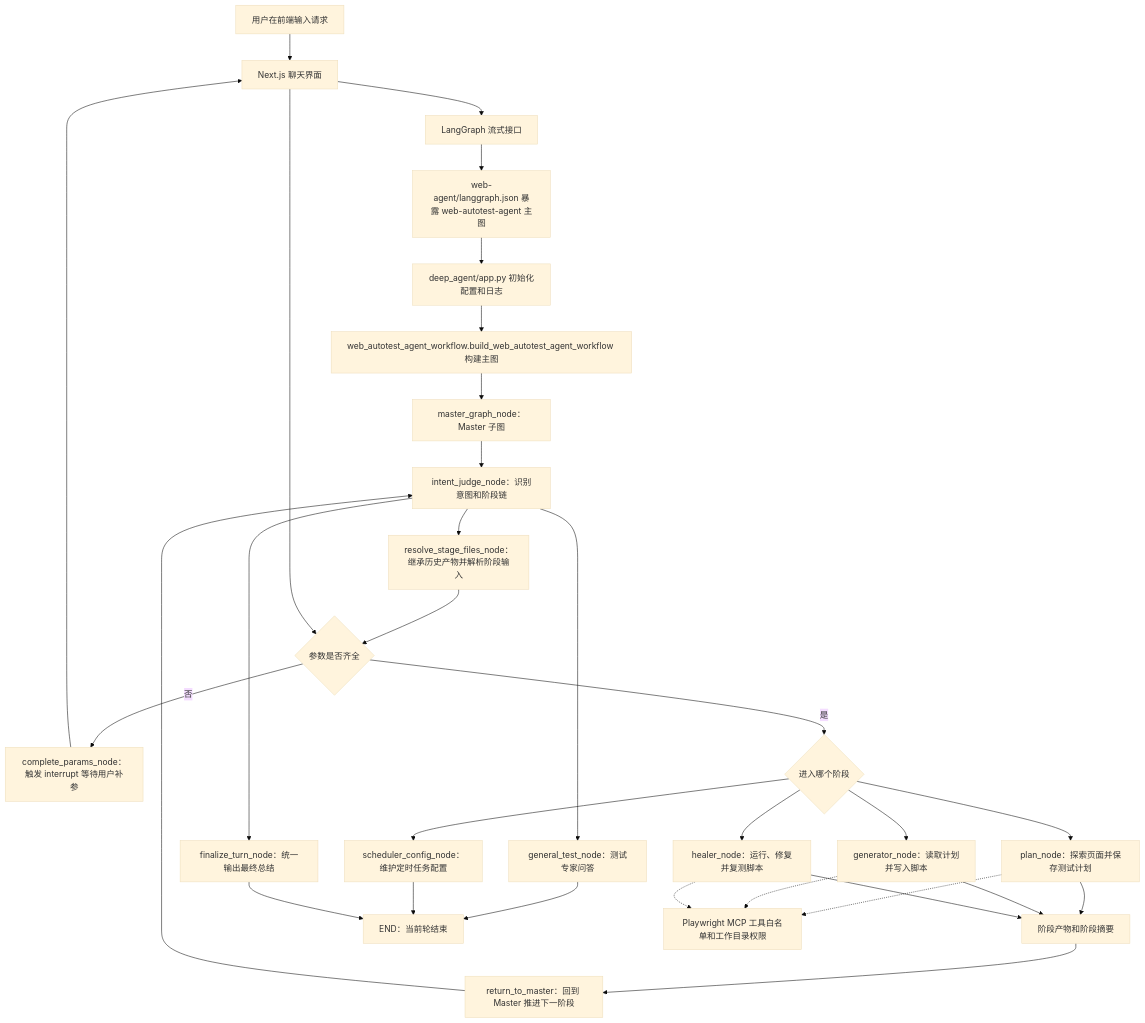
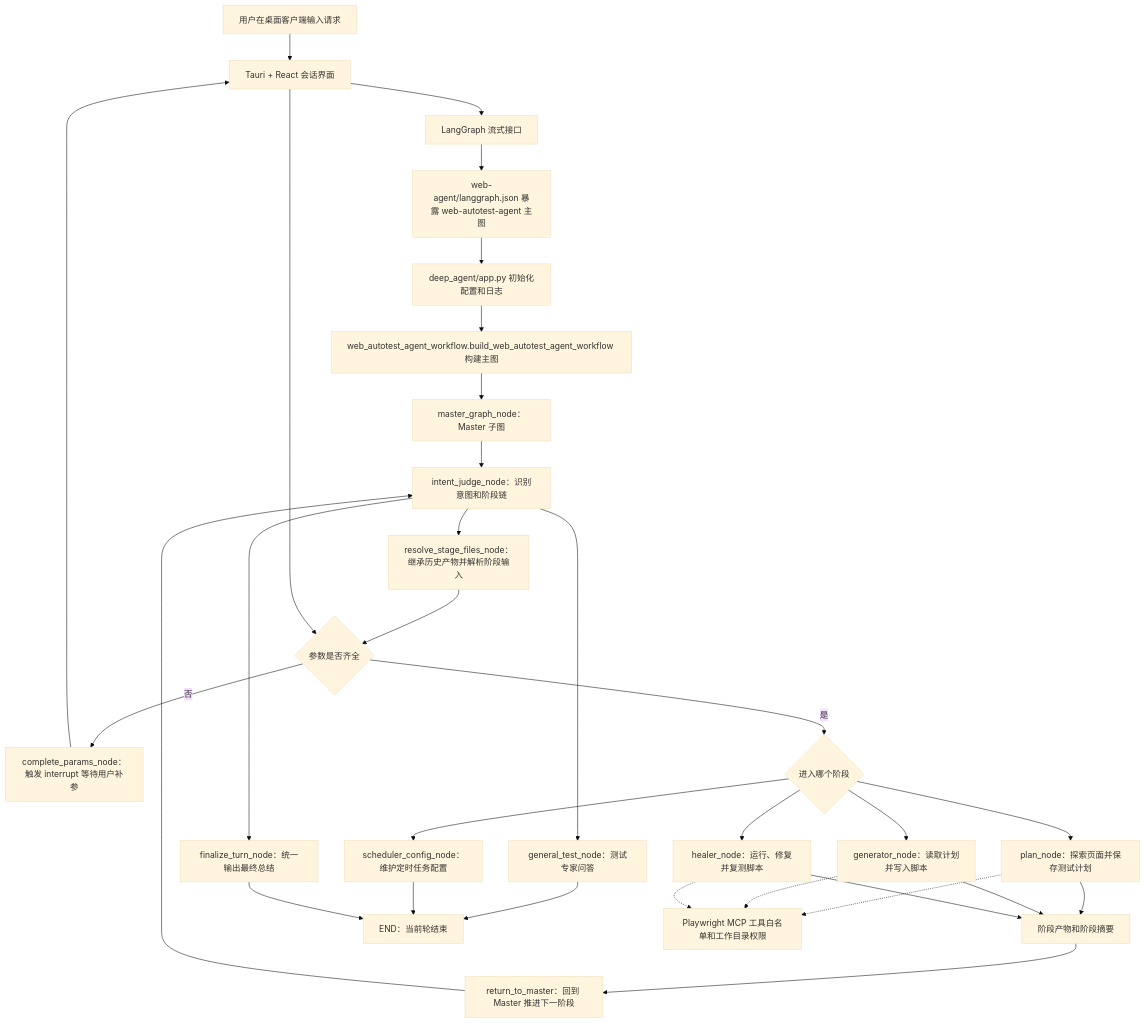
One commit to gene518/web-test-agent changed the diagram in README.md. Above: the diagram before and after it, drawn with Mermaid (base theme). The commit also changed other lines of this file and 151 other files, not shown here.

````diff
--- a/README.md
+++ b/README.md
@@ -190,38 +161,38 @@
 ```mermaid
 flowchart TD
-    用户["用户在前端输入请求"] --> 前端["Next.js 聊天界面"]
-    前端 --> 流式连接["LangGraph 流式接口"]
+    用户["用户在桌面客户端输入请求"] --> 客户端["Tauri + React 会话界面"]
+    客户端 --> 流式连接["LangGraph 流式接口"]
     流式连接 --> 入口["web-agent/langgraph.json 暴露 web-autotest-agent 主图"]
     入口 --> 应用入口["deep_agent/app.py 初始化配置和日志"]
     应用入口 --> 主图["web_autotest_agent_workflow.build_web_autotest_agent_workflow 构建主图"]
 
     主图 --> 主控子图["master_graph_node：Master 子图"]
     主控子图 --> 意图判断["intent_judge_node：识别意图和阶段链"]
     意图判断 --> 文件解析["resolve_stage_files_node：继承历史产物并解析阶段输入"]
     文件解析 --> 参数补全{"参数是否齐全"}
     参数补全 -- 否 --> 中断["complete_params_node：触发 interrupt 等待用户补参"]
-    中断 --> 前端
-    前端 --> 参数补全
+    中断 --> 客户端
+    客户端 --> 参数补全
     参数补全 -- 是 --> 阶段路由{"进入哪个阶段"}
 
     阶段路由 --> 计划["plan_node：探索页面并保存测试计划"]
     阶段路由 --> 生成["generator_node：读取计划并写入脚本"]
     阶段路由 --> 修复["healer_node：运行、修复并复测脚本"]
     阶段路由 --> 定时["scheduler_config_node：维护定时任务配置"]
     意图判断 --> 普通问答["general_test_node：测试专家问答"]
 
     计划 --> 产物["阶段产物和阶段摘要"]
     生成 --> 产物
     修复 --> 产物
     产物 --> 回流["return_to_master：回到 Master 推进下一阶段"]
     回流 --> 意图判断
 
     普通问答 --> 结束["END：当前轮结束"]
     定时 --> 结束
     意图判断 --> 最终汇总["finalize_turn_node：统一输出最终总结"]
     最终汇总 --> 结束
 
     计划 -.-> 工具["Playwright MCP 工具白名单和工作目录权限"]
     生成 -.-> 工具
     修复 -.-> 工具
 ```
````
